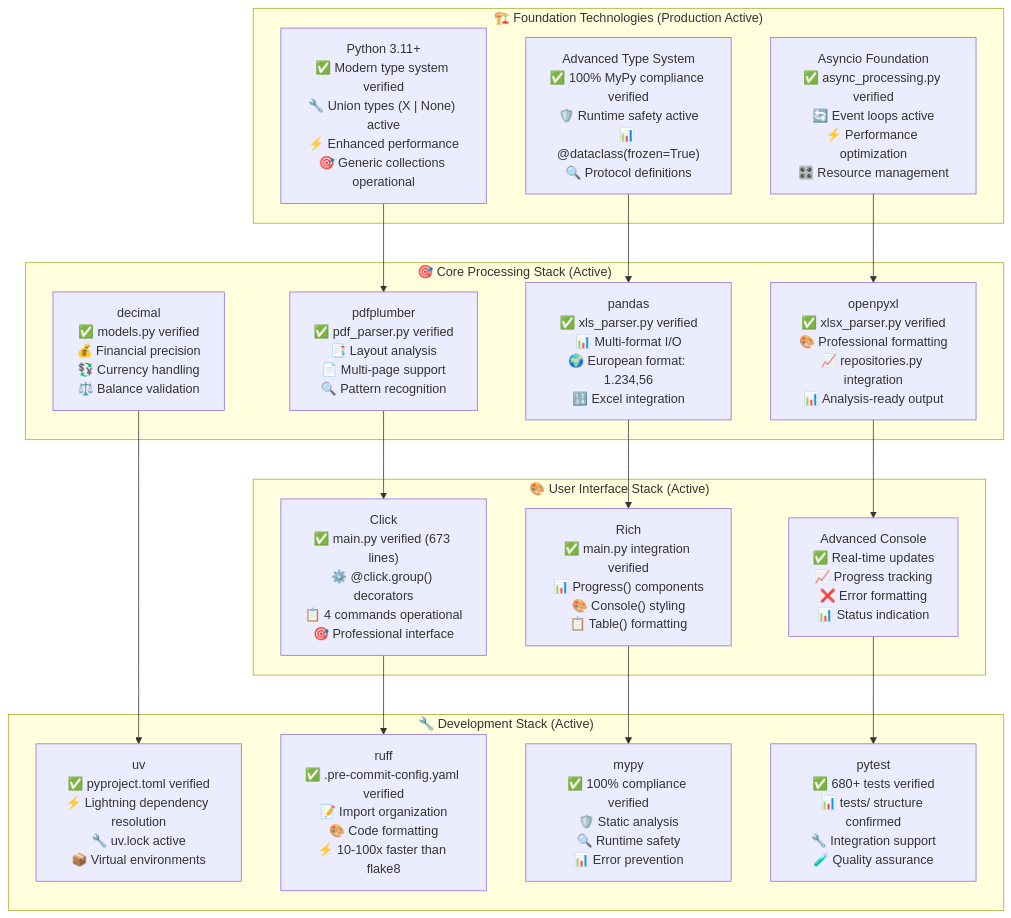
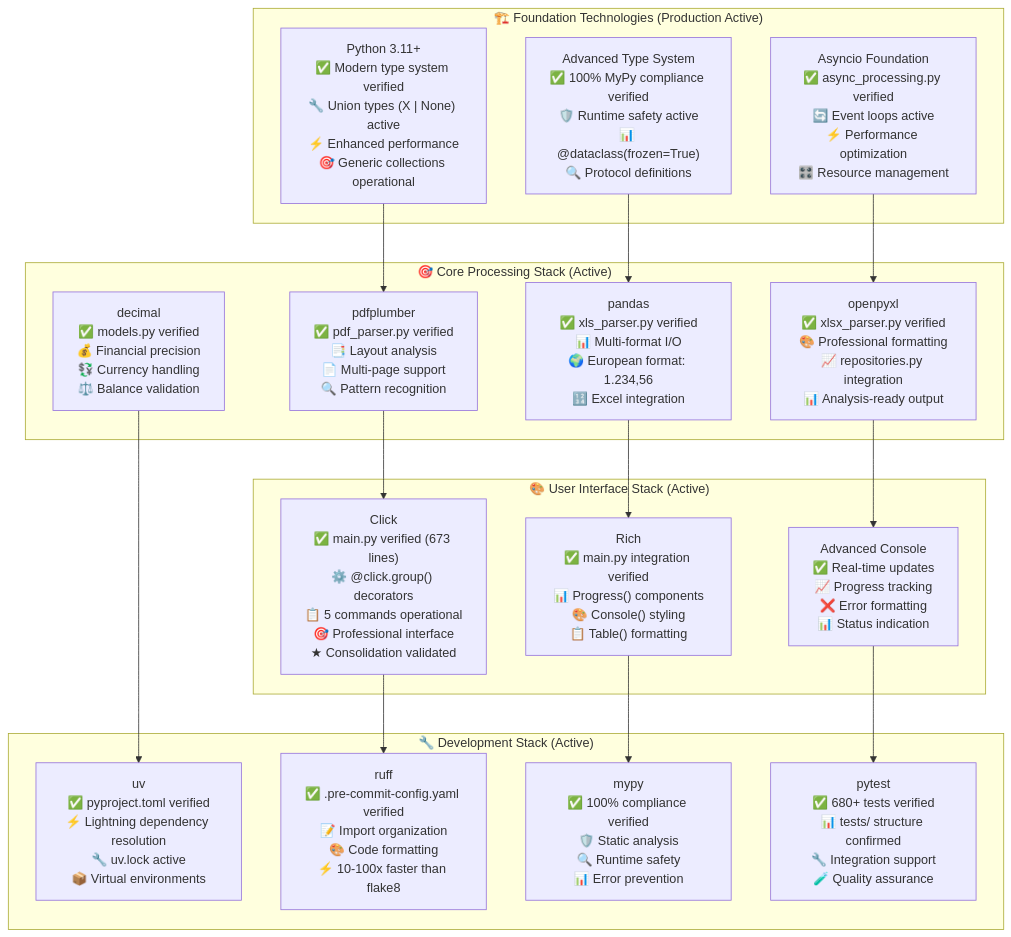
The second of 14 diagrams in memory-bank/techContext.md (EduuardoPerez/financial-statement-processor), drawn with Mermaid before and after one commit. The commit also changed other lines of this file and 20 other files, not shown here.

````diff
--- a/memory-bank/techContext.md
+++ b/memory-bank/techContext.md
@@ -22,51 +23,51 @@
 ```mermaid
 graph TB
     subgraph "🏗️ Foundation Technologies (Production Active)"
         PYTHON_MODERN["Python 3.11+<br/>✅ Modern type system verified<br/>🔧 Union types (X | None) active<br/>⚡ Enhanced performance<br/>🎯 Generic collections operational"]
 
         TYPE_SYSTEM["Advanced Type System<br/>✅ 100% MyPy compliance verified<br/>🛡️ Runtime safety active<br/>📊 @dataclass(frozen=True)<br/>🔍 Protocol definitions"]
 
         ASYNC_FOUNDATION["Asyncio Foundation<br/>✅ async_processing.py verified<br/>🔄 Event loops active<br/>⚡ Performance optimization<br/>🎛️ Resource management"]
     end
 
     subgraph "🎯 Core Processing Stack (Active)"
         PDF_TECH["pdfplumber<br/>✅ pdf_parser.py verified<br/>📑 Layout analysis<br/>📄 Multi-page support<br/>🔍 Pattern recognition"]
 
         DATA_TECH["pandas<br/>✅ xls_parser.py verified<br/>📊 Multi-format I/O<br/>🌍 European format: 1.234,56<br/>🔢 Excel integration"]
 
         EXCEL_TECH["openpyxl<br/>✅ xlsx_parser.py verified<br/>🎨 Professional formatting<br/>📈 repositories.py integration<br/>📊 Analysis-ready output"]
 
         PRECISION_TECH["decimal<br/>✅ models.py verified<br/>💰 Financial precision<br/>💱 Currency handling<br/>⚖️ Balance validation"]
     end
 
     subgraph "🎨 User Interface Stack (Active)"
-        CLI_FRAMEWORK["Click<br/>✅ main.py verified (673 lines)<br/>⚙️ @click.group() decorators<br/>📋 4 commands operational<br/>🎯 Professional interface"]
+        CLI_FRAMEWORK["Click<br/>✅ main.py verified (673 lines)<br/>⚙️ @click.group() decorators<br/>📋 5 commands operational<br/>🎯 Professional interface<br/>★ Consolidation validated"]
 
         UI_FRAMEWORK["Rich<br/>✅ main.py integration verified<br/>📊 Progress() components<br/>🎨 Console() styling<br/>📋 Table() formatting"]
 
         CONSOLE_TECH["Advanced Console<br/>✅ Real-time updates<br/>📈 Progress tracking<br/>❌ Error formatting<br/>📊 Status indication"]
     end
 
     subgraph "🔧 Development Stack (Active)"
         PACKAGE_MGR["uv<br/>✅ pyproject.toml verified<br/>⚡ Lightning dependency resolution<br/>🔧 uv.lock active<br/>📦 Virtual environments"]
 
         CODE_QUALITY["ruff<br/>✅ .pre-commit-config.yaml verified<br/>📝 Import organization<br/>🎨 Code formatting<br/>⚡ 10-100x faster than flake8"]
 
         TYPE_CHECKER["mypy<br/>✅ 100% compliance verified<br/>🛡️ Static analysis<br/>🔍 Runtime safety<br/>📊 Error prevention"]
 
         TESTING["pytest<br/>✅ 680+ tests verified<br/>📊 tests/ structure confirmed<br/>🔧 Integration support<br/>🧪 Quality assurance"]
     end
 
     PYTHON_MODERN --> PDF_TECH
     TYPE_SYSTEM --> DATA_TECH
     ASYNC_FOUNDATION --> EXCEL_TECH
 
     PDF_TECH --> CLI_FRAMEWORK
     DATA_TECH --> UI_FRAMEWORK
     EXCEL_TECH --> CONSOLE_TECH
     PRECISION_TECH --> PACKAGE_MGR
 
     CLI_FRAMEWORK --> CODE_QUALITY
     UI_FRAMEWORK --> TYPE_CHECKER
     CONSOLE_TECH --> TESTING
 ```
````
